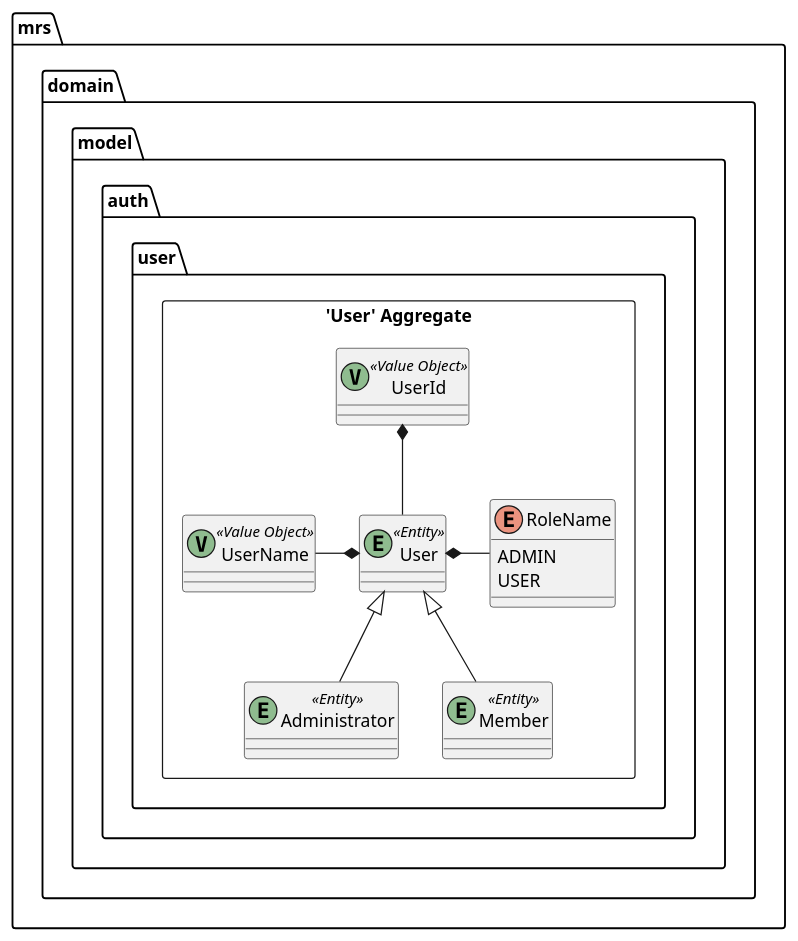
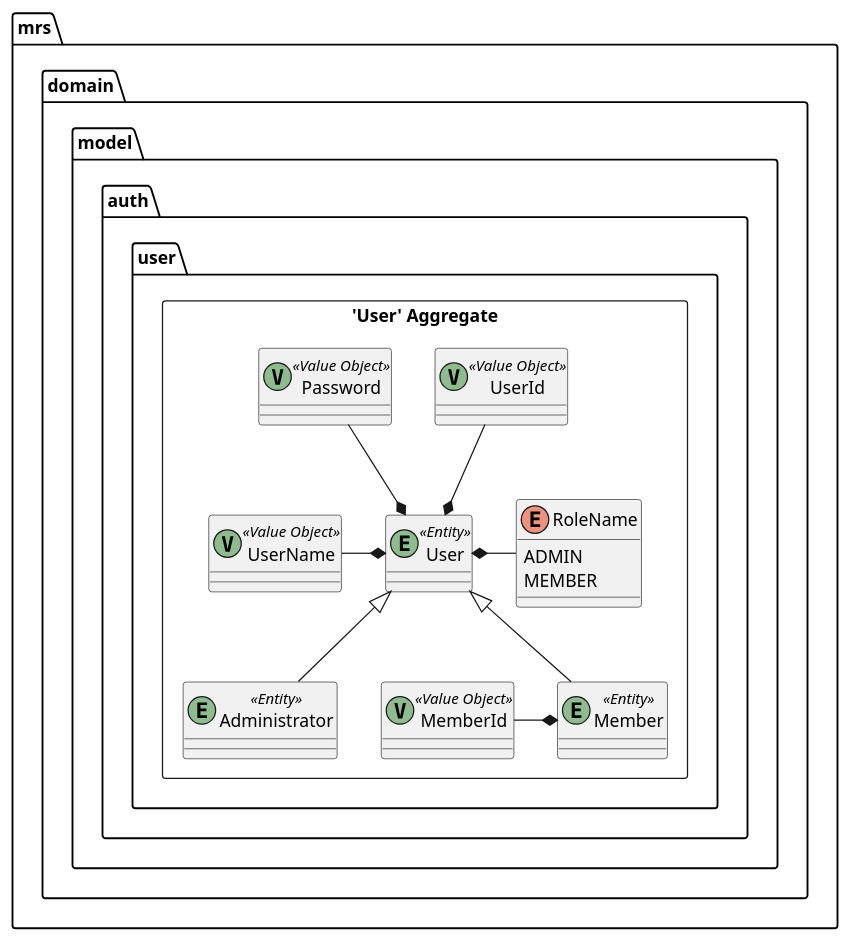
Diagram 21 of 22 in docs/index.adoc (k2works/case-study-mrs), drawn with PlantUML before and after one commit. The commit also changed 8 other files, not shown here.

```diff
--- a/docs/index.adoc
+++ b/docs/index.adoc
@@ -698,29 +698,35 @@
 [plantuml]
 ----
 skinparam componentStyle uml2
 
 package mrs.domain.model.auth.user {
 	package "'User' Aggregate" <<Rectangle>> {
 		class User <<(E,DarkSeaGreen) Entity>> {
 		}
 		class UserId <<(V,DarkSeaGreen) Value Object>> {
 		}
 		class UserName <<(V,DarkSeaGreen) Value Object>> {
 		}
+		class Password <<(V,DarkSeaGreen) Value Object>> {
+		}
 		enum RoleName {
 			ADMIN
-			USER
+			MEMBER
 		}
 		class Administrator <<(E,DarkSeaGreen) Entity>> {
 		}
 		class Member <<(E,DarkSeaGreen) Entity>> {
 		}
+		class MemberId <<(V,DarkSeaGreen) Value Object>> {
+		}
 
         User <|-- Administrator
         User <|-- Member
-        UserId *-- User
+        UserId --* User
+        Password --* User
         UserName -* User
         User *- RoleName
+        MemberId -* Member
 	}
 }
 ----
```
